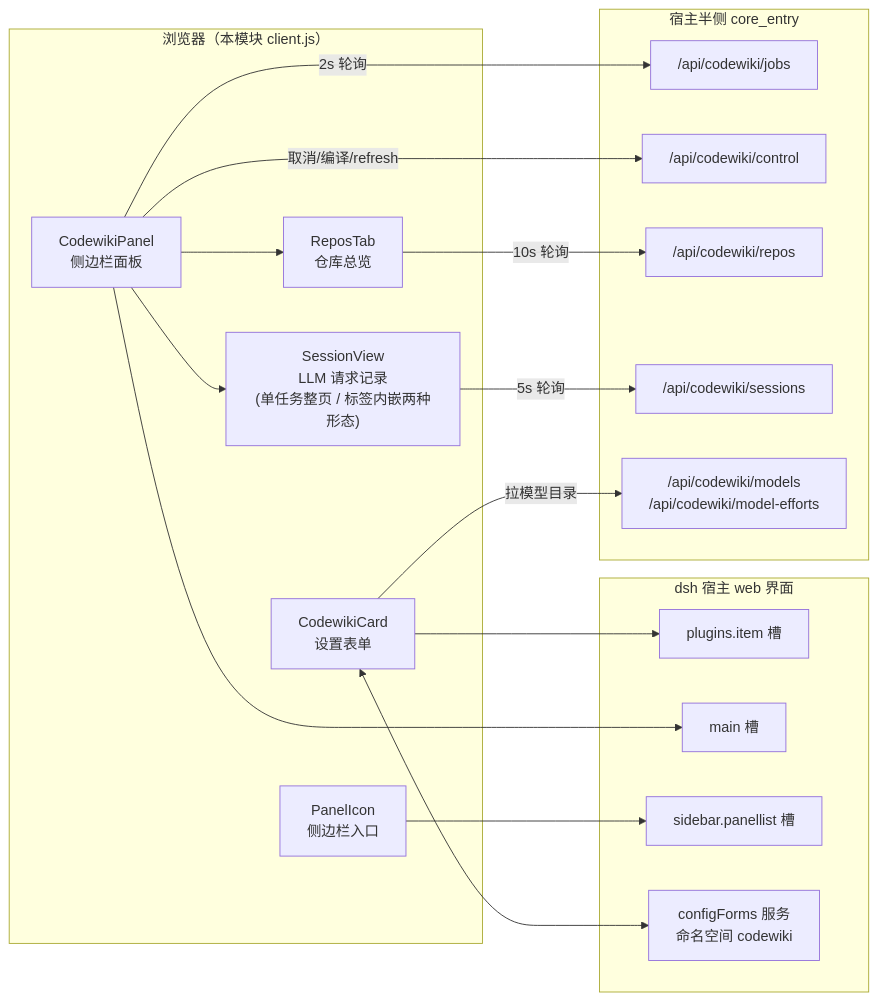
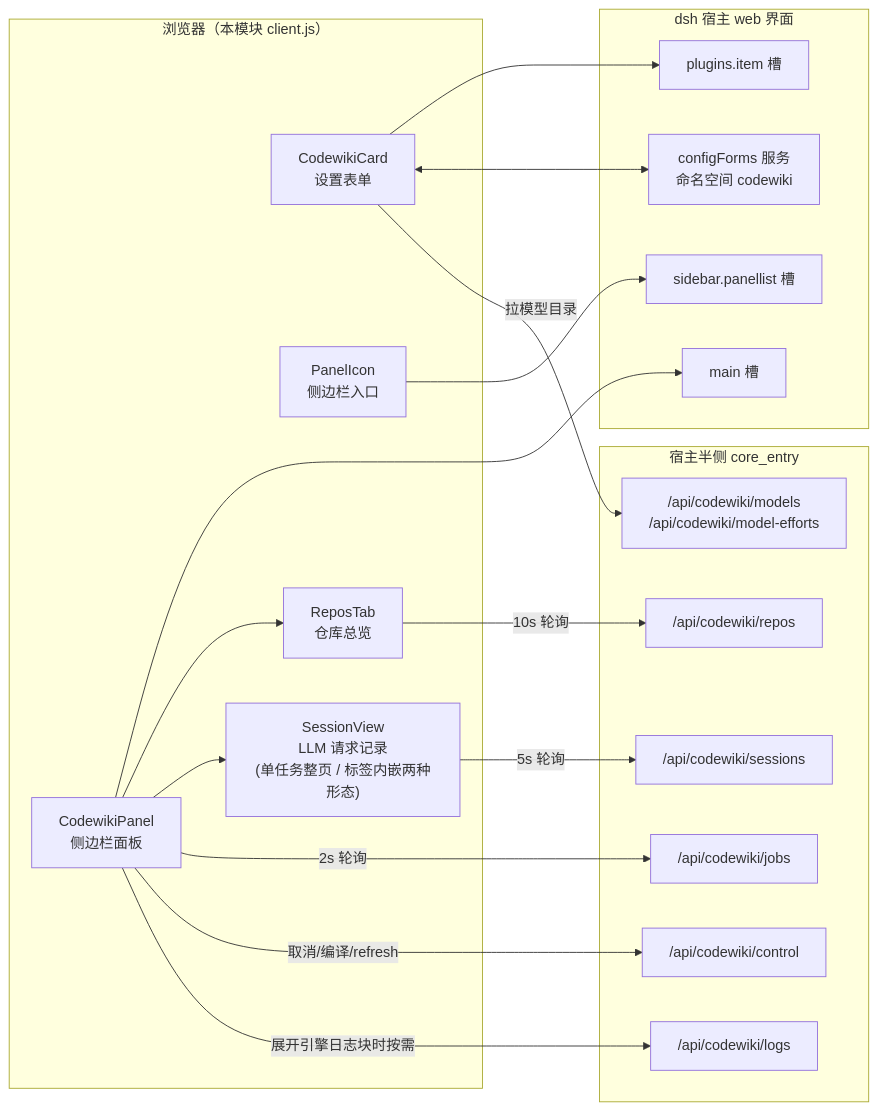
One commit to ikliml666/dsh-codewiki changed the first of 5 diagrams in .codewiki/_native-state/docs/client_ui.md. Above: the diagram before and after it, drawn with Mermaid. The commit also changed other lines of this file and 16 other files, not shown here.

````diff
--- a/.codewiki/_native-state/docs/client_ui.md
+++ b/.codewiki/_native-state/docs/client_ui.md
@@ -12,34 +12,36 @@
 ```mermaid
 flowchart LR
     subgraph 浏览器半侧["浏览器（本模块 client.js）"]
         Card["CodewikiCard<br/>设置表单"]
         Panel["CodewikiPanel<br/>侧边栏面板"]
         Icon["PanelIcon<br/>侧边栏入口"]
         Repos["ReposTab<br/>仓库总览"]
         Sess["SessionView<br/>LLM 请求记录<br/>(单任务整页 / 标签内嵌两种形态)"]
     end
     subgraph 宿主["dsh 宿主 web 界面"]
         SlotItem["plugins.item 槽"]
         SlotMain["main 槽"]
         SlotPanel["sidebar.panellist 槽"]
         Forms["configForms 服务<br/>命名空间 codewiki"]
     end
     subgraph 后端["宿主半侧 core_entry"]
         JobsEP["/api/codewiki/jobs"]
         CtrlEP["/api/codewiki/control"]
         ReposEP["/api/codewiki/repos"]
         SessEP["/api/codewiki/sessions"]
         ModelsEP["/api/codewiki/models<br/>/api/codewiki/model-efforts"]
+        LogsEP["/api/codewiki/logs"]
     end
     Card --> SlotItem
     Panel --> SlotMain
     Icon --> SlotPanel
     Card <--> Forms
     Panel --> Repos
     Panel --> Sess
     Panel -- "2s 轮询" --> JobsEP
     Panel -- "取消/编译/refresh" --> CtrlEP
     Repos -- "10s 轮询" --> ReposEP
     Sess -- "5s 轮询" --> SessEP
     Card -- "拉模型目录" --> ModelsEP
+    Panel -- "展开引擎日志块时按需" --> LogsEP
 ```
````
